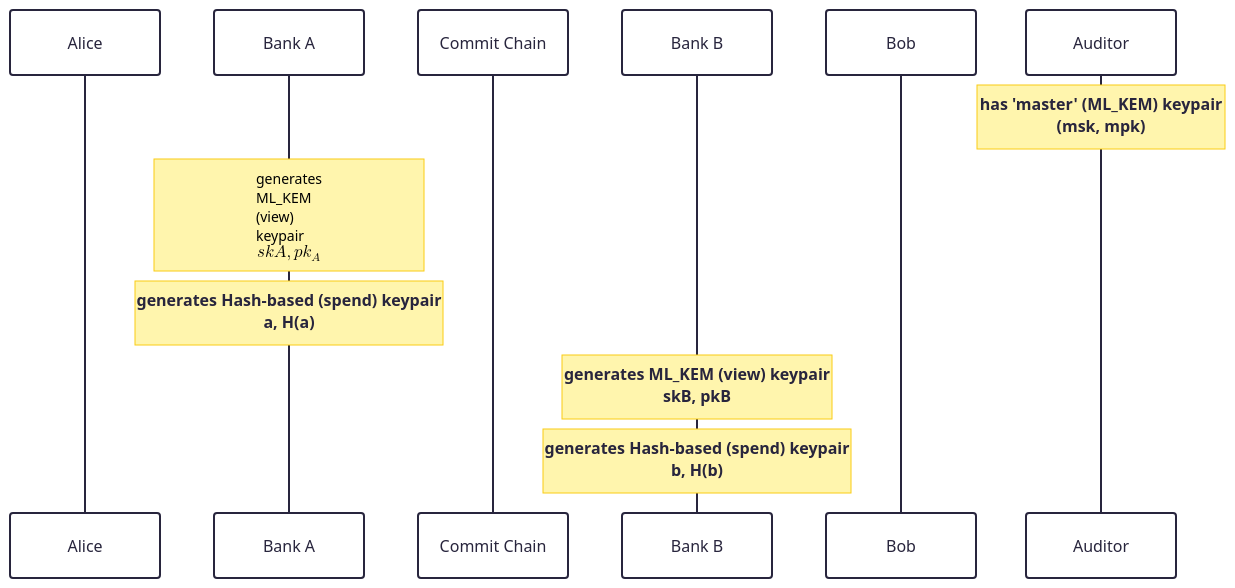
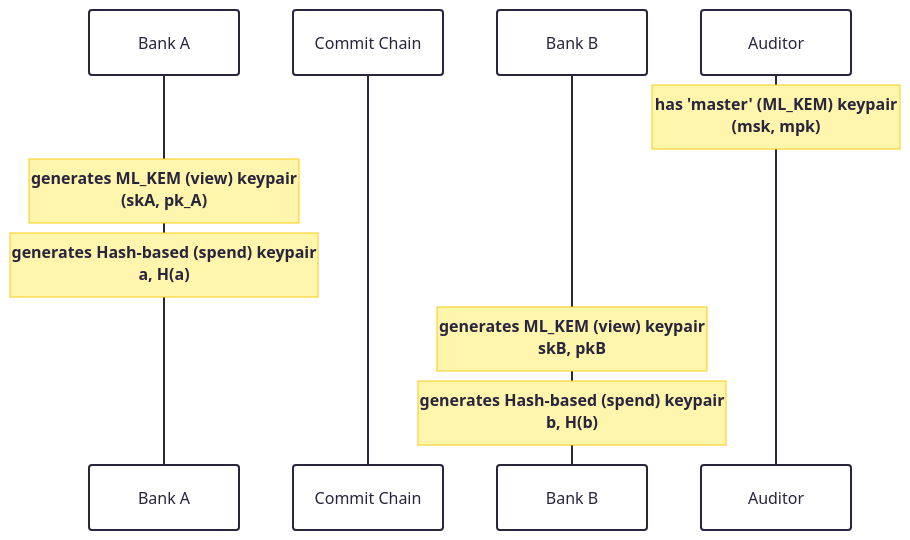
Before and after one commit to raylsnetwork/Enygma: the first of 2 diagrams in enygma_payments/protocol_diagram.md, drawn with Mermaid.

````diff
--- a/enygma_payments/protocol_diagram.md
+++ b/enygma_payments/protocol_diagram.md
@@ -4,26 +4,24 @@
 ```mermaid
 ---
 config:
   theme: redux
   look: handDrawn
 ---
 sequenceDiagram
-      participant A as Alice
       participant PLA as Bank A
       participant CC as Commit Chain
       participant PLB as Bank B
-      participant B as Bob
       participant AA as Auditor
 
 note over AA: has 'master' (ML_KEM) keypair<br>(msk, mpk)
 
   %%% KEY GENERATION PROTOCOL
 
-    note over PLA: generates ML_KEM (view) keypair<br> $$skA, pk_A$$
+    note over PLA: generates ML_KEM (view) keypair<br> (skA, pk_A)
     note over PLA: generates Hash-based (spend) keypair<br>a, H(a)
     
     note over PLB: generates ML_KEM (view) keypair<br> skB, pkB
     note over PLB: generates Hash-based (spend) keypair<br>b, H(b)
 
 
 ```
````
